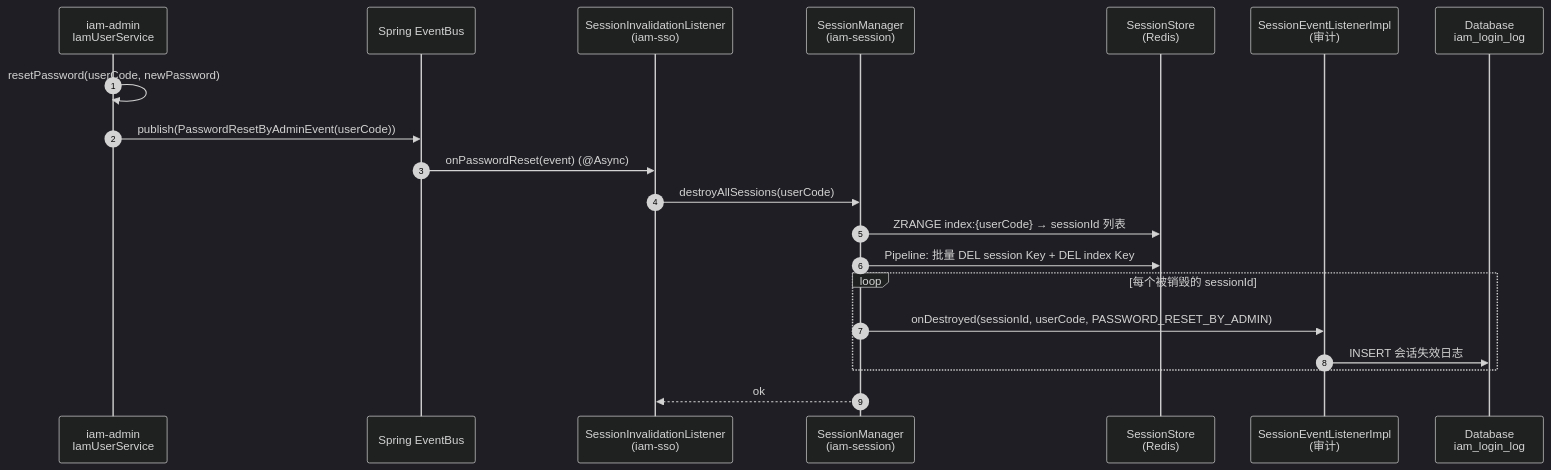
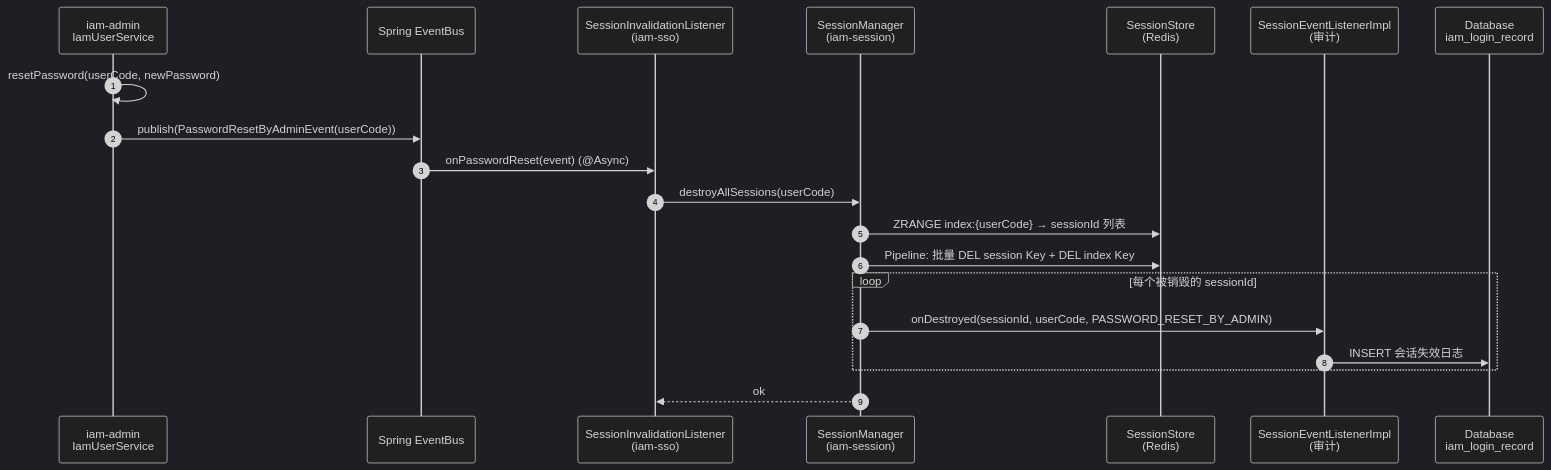
Before and after one commit to shrimp-group/sh-iam: the first of 3 diagrams in docs/design/stories/session/US-16-admin-session-invalidation.md, drawn with Mermaid (dark theme). The commit also changed other lines of this file and 55 other files, not shown here.

````diff
--- a/docs/design/stories/session/US-16-admin-session-invalidation.md
+++ b/docs/design/stories/session/US-16-admin-session-invalidation.md
@@ -51,22 +51,22 @@
 ```mermaid
 sequenceDiagram
     autonumber
     participant Admin as iam-admin<br/>IamUserService
     participant Event as Spring EventBus
     participant Listener as SessionInvalidationListener<br/>(iam-sso)
     participant Manager as SessionManager<br/>(iam-session)
     participant Store as SessionStore<br/>(Redis)
     participant Audit as SessionEventListenerImpl<br/>(审计)
-    participant DB as Database<br/>iam_login_log
+    participant DB as Database<br/>iam_login_record
     Admin ->> Admin: resetPassword(userCode, newPassword)
     Admin ->> Event: publish(PasswordResetByAdminEvent(userCode))
     Event ->> Listener: onPasswordReset(event) (@Async)
     Listener ->> Manager: destroyAllSessions(userCode)
     Manager ->> Store: ZRANGE index:{userCode} → sessionId 列表
     Manager ->> Store: Pipeline: 批量 DEL session Key + DEL index Key
     loop 每个被销毁的 sessionId
         Manager ->> Audit: onDestroyed(sessionId, userCode, PASSWORD_RESET_BY_ADMIN)
         Audit ->> DB: INSERT 会话失效日志
     end
     Manager -->> Listener: ok
 ```
````
